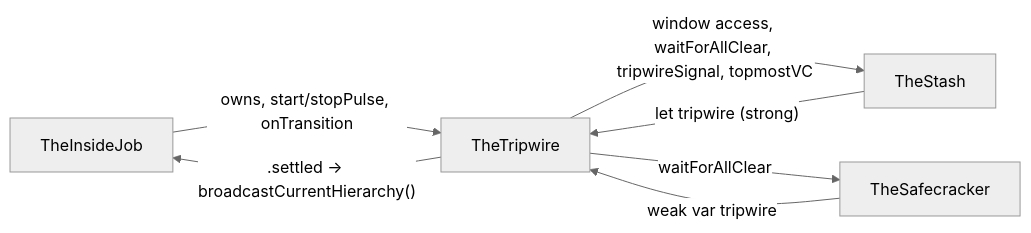
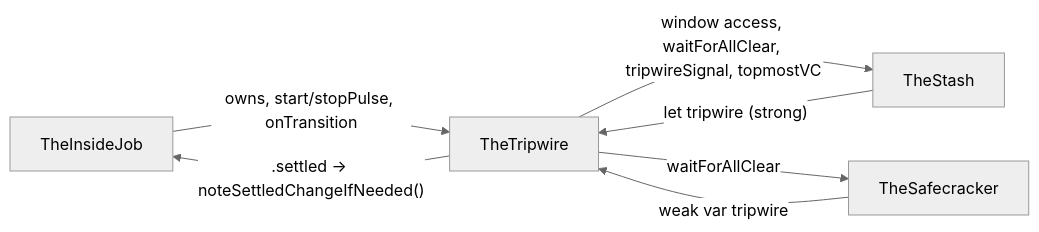
Before and after one commit to RoyalPineapple/TheButtonHeist: the sixth of 6 diagrams in docs/dossiers/15-THETRIPWIRE.md, drawn with Mermaid (neutral theme). The commit also changed other lines of this file and 35 other files, not shown here.

````diff
--- a/docs/dossiers/15-THETRIPWIRE.md
+++ b/docs/dossiers/15-THETRIPWIRE.md
@@ -300,10 +300,10 @@
 ```mermaid
 graph LR
     IJ["TheInsideJob"] -->|"owns, start/stopPulse, onTransition"| TW["TheTripwire"]
     BM["TheStash"] -->|"let tripwire (strong)"| TW
     SC["TheSafecracker"] -->|"weak var tripwire"| TW
 
-    TW -->|".settled → broadcastCurrentHierarchy()"| IJ
+    TW -->|".settled → noteSettledChangeIfNeeded()"| IJ
     TW -->|"window access, waitForAllClear, tripwireSignal, topmostVC"| BM
     TW -->|"waitForAllClear"| SC
 ```
````
